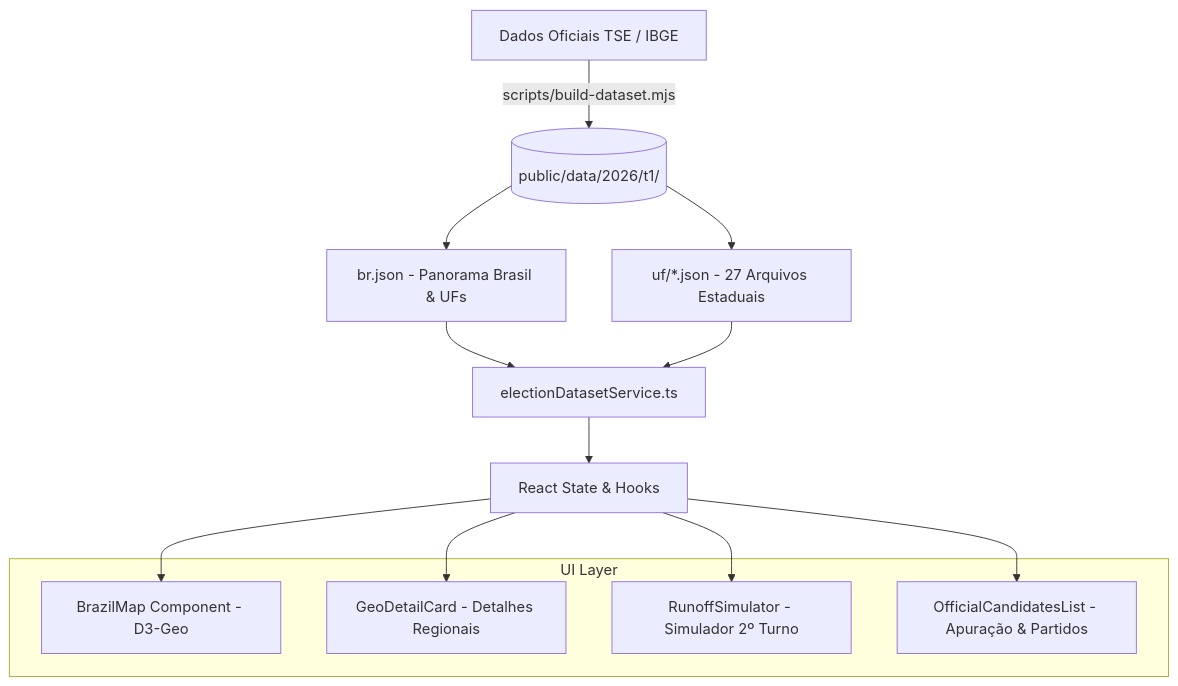
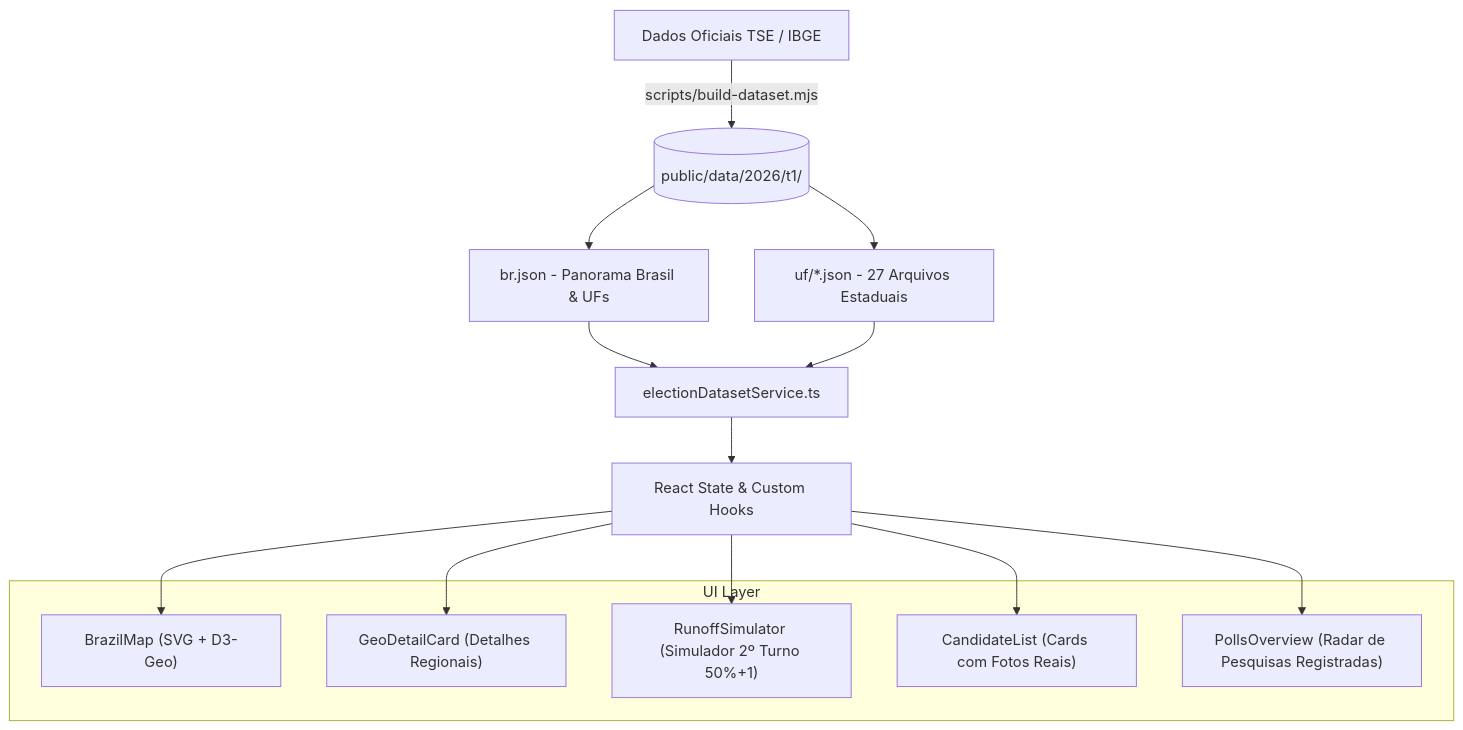
Before and after one commit to Lucaszki/apurabr-2026: the diagram in README.md, drawn with Mermaid. The commit also changed other lines of this file and 1014 other files, not shown here.

````diff
--- a/README.md
+++ b/README.md
@@ -74,22 +74,24 @@
 ```mermaid
 flowchart TD
-    A[Dados Oficiais TSE / IBGE] -->|scripts/build-dataset.mjs| B[(public/data/2026/t1/)]
-    B --> C[br.json - Panorama Brasil & UFs]
-    B --> D[uf/*.json - 27 Arquivos Estaduais]
+    A["Dados Oficiais TSE / IBGE"] -->|scripts/build-dataset.mjs| B[("public/data/2026/t1/")]
+    B --> C["br.json - Panorama Brasil & UFs"]
+    B --> D["uf/*.json - 27 Arquivos Estaduais"]
     
-    C --> E[electionDatasetService.ts]
+    C --> E["electionDatasetService.ts"]
     D --> E
     
-    E --> F[React State & Hooks]
-    F --> G[BrazilMap Component - D3-Geo]
-    F --> H[GeoDetailCard - Detalhes Regionais]
-    F --> I[RunoffSimulator - Simulador 2º Turno]
-    F --> J[OfficialCandidatesList - Apuração & Partidos]
+    E --> F["React State & Custom Hooks"]
+    F --> G["BrazilMap (SVG + D3-Geo)"]
+    F --> H["GeoDetailCard (Detalhes Regionais)"]
+    F --> I["RunoffSimulator (Simulador 2º Turno 50%+1)"]
+    F --> J["CandidateList (Cards com Fotos Reais)"]
+    F --> K["PollsOverview (Radar de Pesquisas Registradas)"]
     
     subgraph UI Layer
         G
         H
         I
         J
+        K
     end
 ```
````
